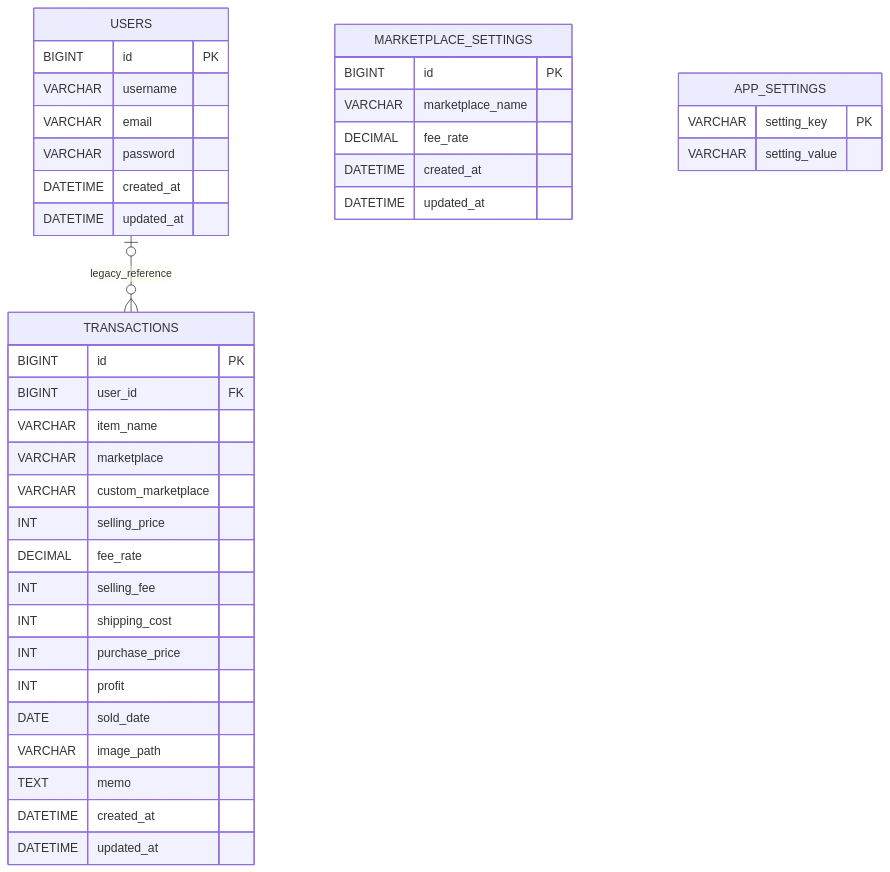
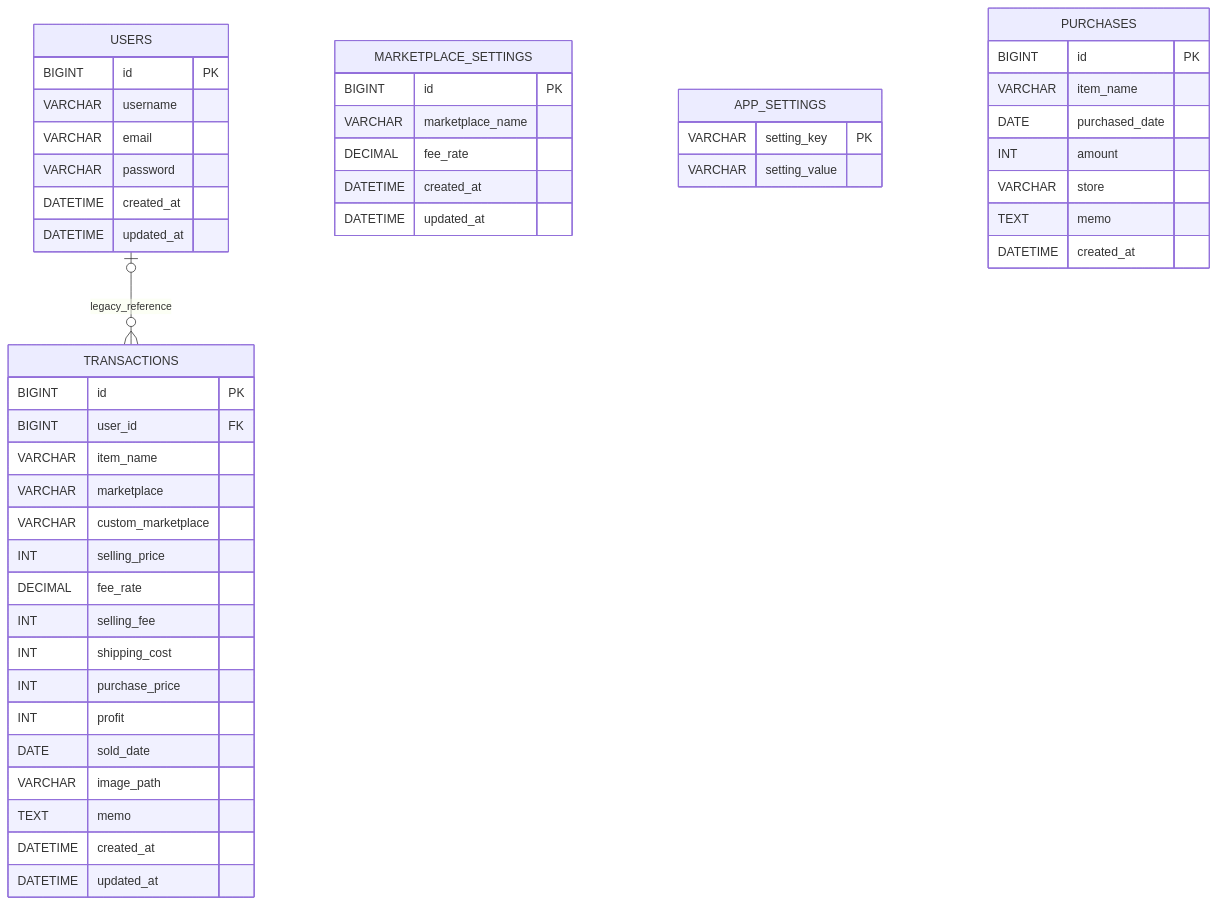
The diagram in 03_er_design.md (YutaK1014/Web), drawn with Mermaid before and after one commit. The commit also changed other lines of this file and 24 other files, not shown here.

````diff
--- a/03_er_design.md
+++ b/03_er_design.md
@@ -3,45 +3,55 @@
 ```mermaid
 erDiagram
     USERS |o--o{ TRANSACTIONS : legacy_reference
 
     USERS {
         BIGINT id PK
         VARCHAR username
         VARCHAR email
         VARCHAR password
         DATETIME created_at
         DATETIME updated_at
     }
 
     TRANSACTIONS {
         BIGINT id PK
         BIGINT user_id FK
         VARCHAR item_name
         VARCHAR marketplace
         VARCHAR custom_marketplace
         INT selling_price
         DECIMAL fee_rate
         INT selling_fee
         INT shipping_cost
         INT purchase_price
         INT profit
         DATE sold_date
         VARCHAR image_path
         TEXT memo
         DATETIME created_at
         DATETIME updated_at
     }
 
     MARKETPLACE_SETTINGS {
         BIGINT id PK
         VARCHAR marketplace_name
         DECIMAL fee_rate
         DATETIME created_at
         DATETIME updated_at
     }
 
     APP_SETTINGS {
         VARCHAR setting_key PK
         VARCHAR setting_value
     }
+
+    PURCHASES {
+        BIGINT id PK
+        VARCHAR item_name
+        DATE purchased_date
+        INT amount
+        VARCHAR store
+        TEXT memo
+        DATETIME created_at
+    }
 ```
````
